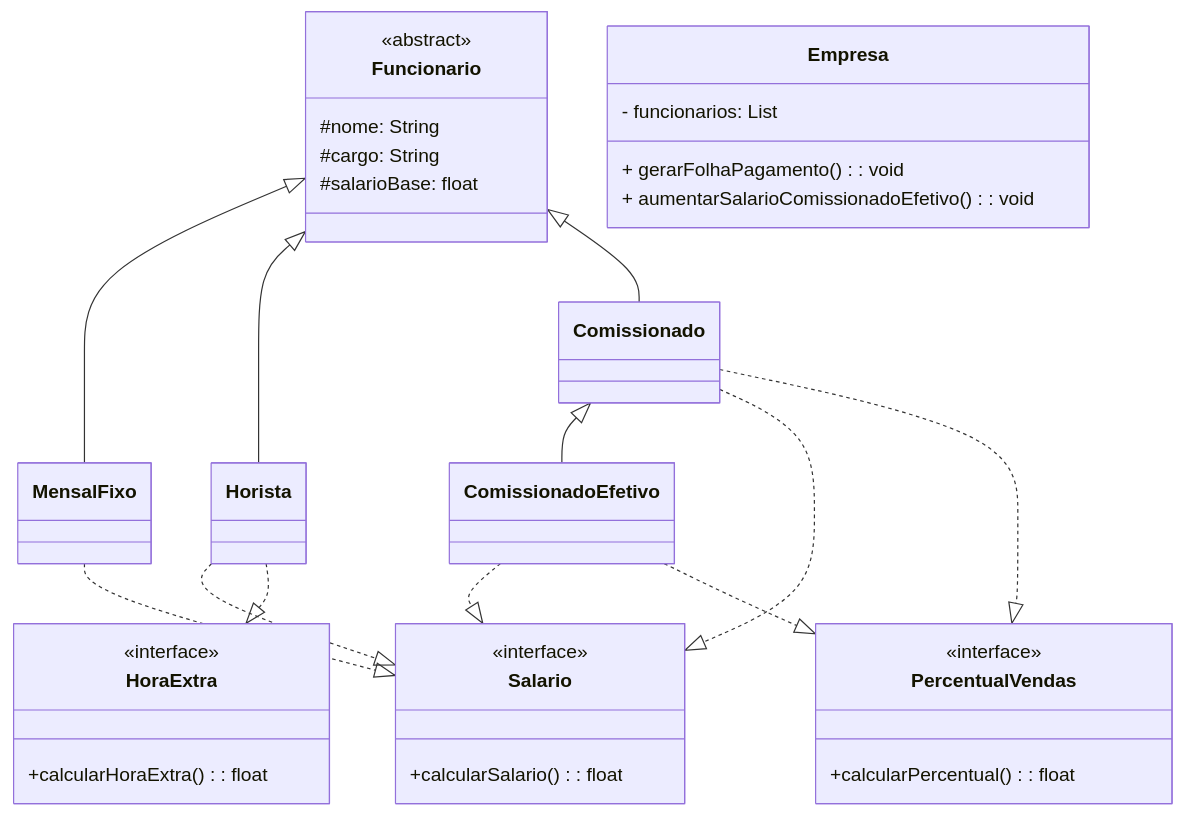
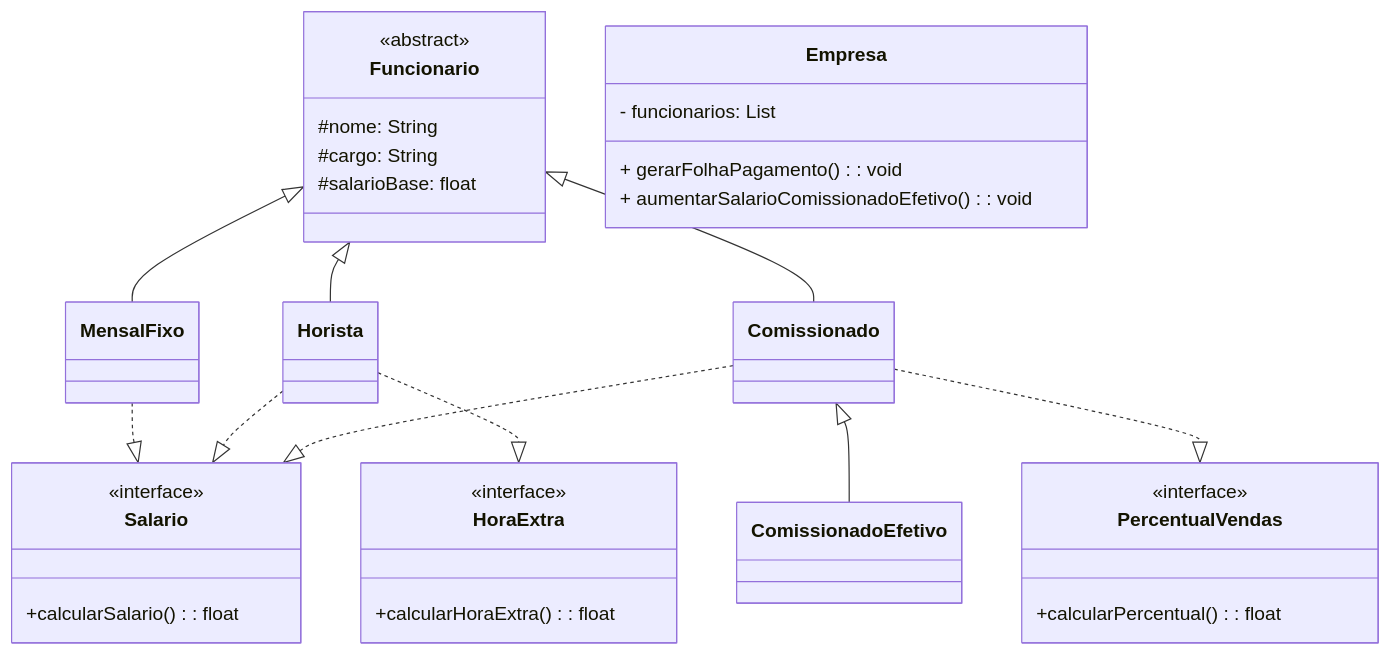
One commit to victorlcrd/poo-gradlw changed the diagram in Interface/Empresa/Readme.md. Above: the diagram before and after it, drawn with Mermaid.

Commit message:
UML Updated.

````diff
--- a/Interface/Empresa/Readme.md
+++ b/Interface/Empresa/Readme.md
@@ -1,63 +1,60 @@
 ```mermaid
 classDiagram
     direction TD
     
     Funcionario <|-- MensalFixo
     Funcionario <|-- Horista
     Funcionario <|-- Comissionado
     Comissionado <|-- ComissionadoEfetivo
     
     MensalFixo ..|> Salario
     Horista ..|> Salario
     Horista ..|> HoraExtra
     Comissionado ..|> Salario
-    ComissionadoEfetivo ..|> Salario
-    Comissionado ..|> PercentualVendas
-    ComissionadoEfetivo ..|> PercentualVendas
-    
+    Comissionado ..|> PercentualVendas    
     
     
    class Funcionario {
        <<abstract>>
        #nome: String
        #cargo: String
        #salarioBase: float
    }
    
    class Salario{
        <<interface>>
        +calcularSalario(): float
    }
 
     class PercentualVendas{
         <<interface>>
         +calcularPercentual(): float
     }
 
     class HoraExtra{
         <<interface>>
         +calcularHoraExtra(): float
     }
    
    class MensalFixo{
        
    }
    
    class Horista{
        
    }
    
     class Comissionado{
         
     }
     
     class ComissionadoEfetivo{
         
     }
 
     class Empresa {
         - funcionarios: List<Calculavel>
         + gerarFolhaPagamento(): void
         + aumentarSalarioComissionadoEfetivo(): void
     }
 ```
````
